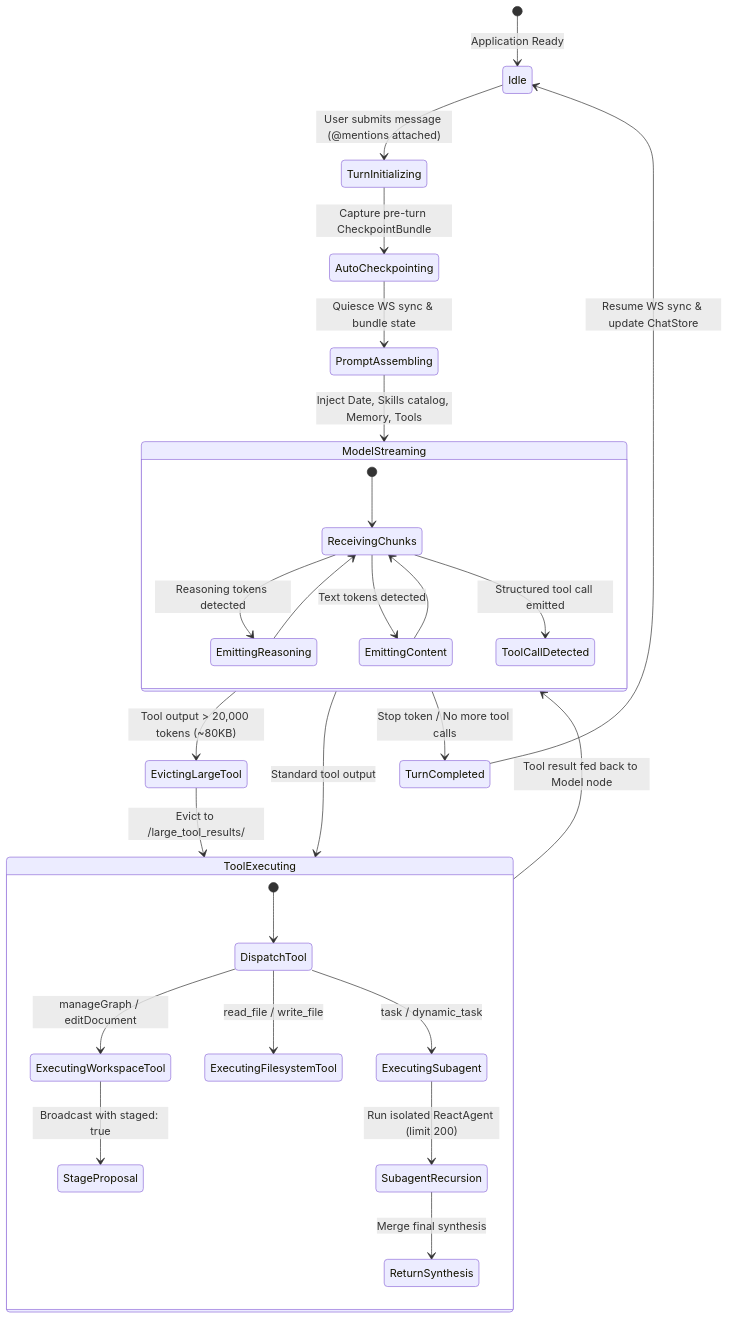
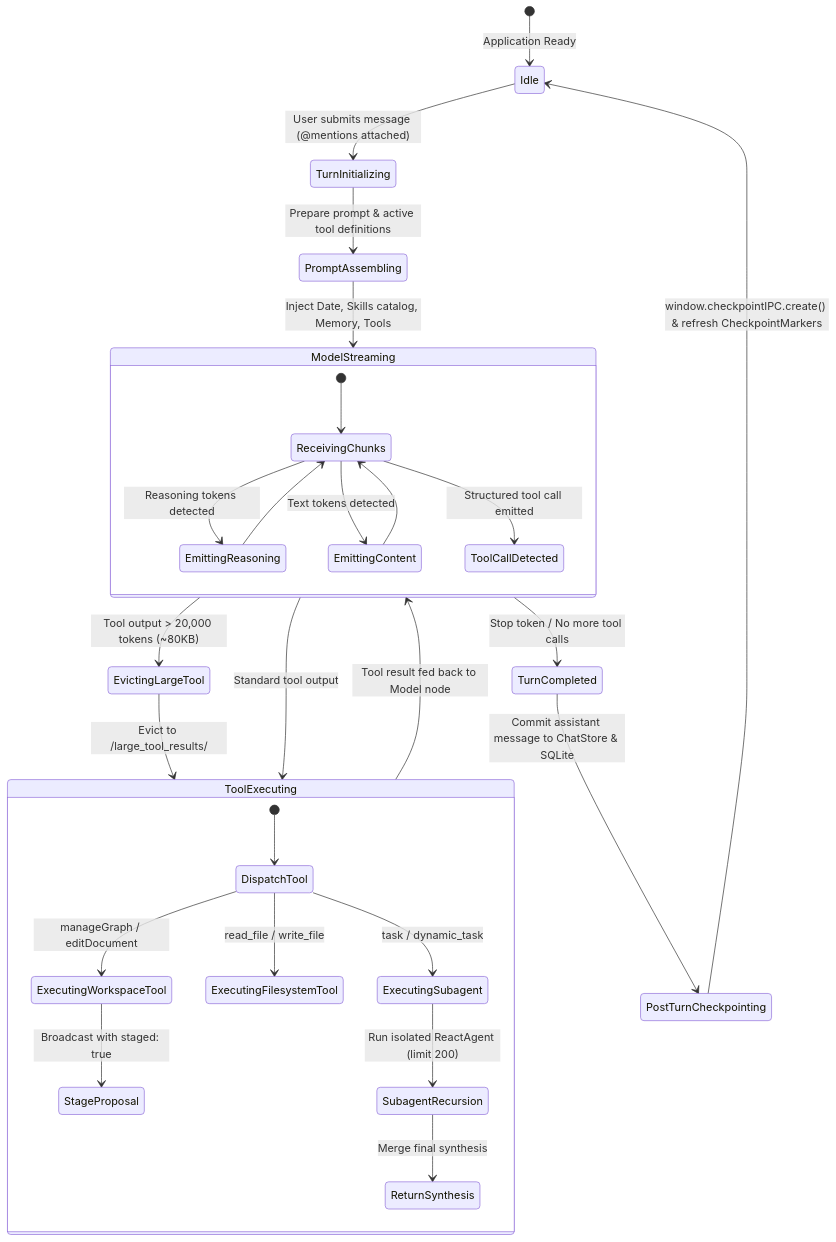
Before and after one commit to Goldwaterfung/Collaragent: the diagram in docs/design-catalog/c4-code/data/state-agent-turn.mmd, drawn with Mermaid. The commit also changed 52 other files, not shown here.

```diff
--- a/docs/design-catalog/c4-code/data/state-agent-turn.mmd
+++ b/docs/design-catalog/c4-code/data/state-agent-turn.mmd
@@ -1,36 +1,35 @@
 stateDiagram-v2
     [*] --> Idle : Application Ready
     Idle --> TurnInitializing : User submits message (@mentions attached)
     
-    TurnInitializing --> AutoCheckpointing : Capture pre-turn CheckpointBundle
-    AutoCheckpointing --> PromptAssembling : Quiesce WS sync & bundle state
-    
+    TurnInitializing --> PromptAssembling : Prepare prompt & active tool definitions
     PromptAssembling --> ModelStreaming : Inject Date, Skills catalog, Memory, Tools
     
     state ModelStreaming {
         [*] --> ReceivingChunks
         ReceivingChunks --> EmittingReasoning : Reasoning tokens detected
         ReceivingChunks --> EmittingContent : Text tokens detected
         ReceivingChunks --> ToolCallDetected : Structured tool call emitted
         EmittingReasoning --> ReceivingChunks
         EmittingContent --> ReceivingChunks
     }
     
     ModelStreaming --> EvictingLargeTool : Tool output > 20,000 tokens (~80KB)
     EvictingLargeTool --> ToolExecuting : Evict to /large_tool_results/
     ModelStreaming --> ToolExecuting : Standard tool output
     
     state ToolExecuting {
         [*] --> DispatchTool
         DispatchTool --> ExecutingWorkspaceTool : manageGraph / editDocument
         DispatchTool --> ExecutingFilesystemTool : read_file / write_file
         DispatchTool --> ExecutingSubagent : task / dynamic_task
         
         ExecutingWorkspaceTool --> StageProposal : Broadcast with staged: true
         ExecutingSubagent --> SubagentRecursion : Run isolated ReactAgent (limit 200)
         SubagentRecursion --> ReturnSynthesis : Merge final synthesis
     }
     
     ToolExecuting --> ModelStreaming : Tool result fed back to Model node
     ModelStreaming --> TurnCompleted : Stop token / No more tool calls
-    TurnCompleted --> Idle : Resume WS sync & update ChatStore
+    TurnCompleted --> PostTurnCheckpointing : Commit assistant message to ChatStore & SQLite
+    PostTurnCheckpointing --> Idle : window.checkpointIPC.create() & refresh CheckpointMarkers
```
